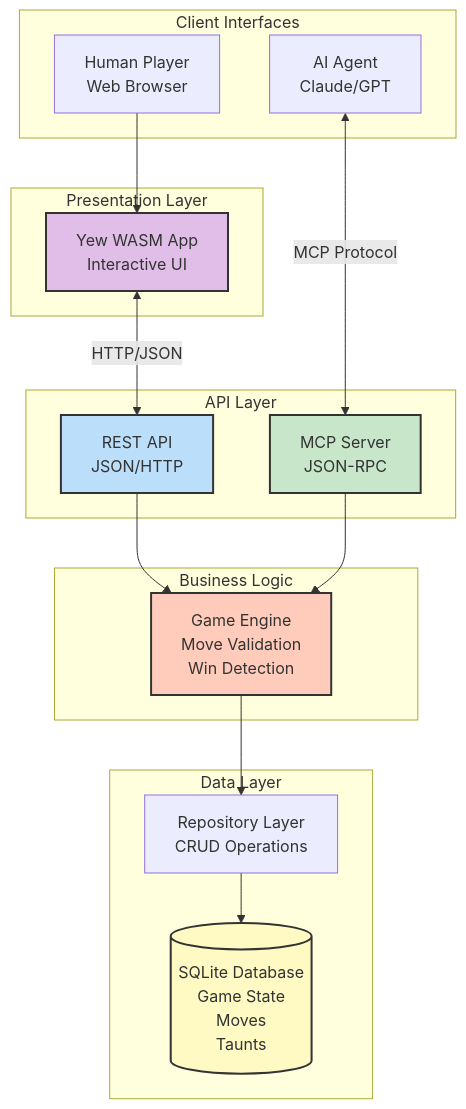
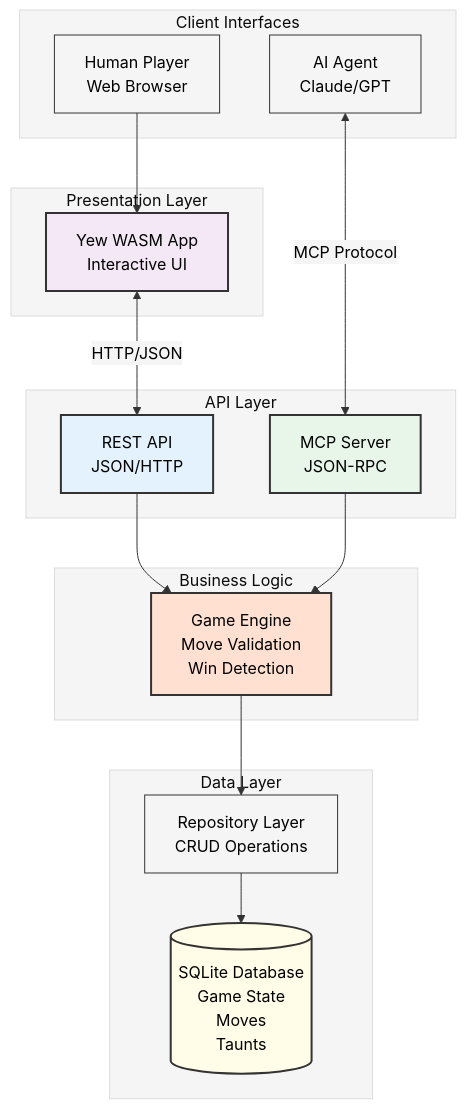
One commit to sw-game-dev/game-mcp-poc changed the first of 6 diagrams in wiki/Architecture-Overview.md. Above: the diagram before and after it, drawn with Mermaid. The commit also changed other lines of this file and 6 other files, not shown here.

First line of the commit message:
fix: Improve mermaid diagram contrast with theme and lighter colors

````diff
--- a/wiki/Architecture-Overview.md
+++ b/wiki/Architecture-Overview.md
@@ -17,39 +17,40 @@
 ```mermaid
+%%{init: {'theme':'base', 'themeVariables': {'primaryColor':'#f5f5f5','primaryTextColor':'#000','primaryBorderColor':'#333','lineColor':'#333','secondaryColor':'#f5f5f5','tertiaryColor':'#f5f5f5'}}}%%
 graph TB
     subgraph "Client Interfaces"
         Human[Human Player<br/>Web Browser]
         Agent[AI Agent<br/>Claude/GPT]
     end
 
     subgraph "Presentation Layer"
         UI[Yew WASM App<br/>Interactive UI]
     end
 
     subgraph "API Layer"
         REST[REST API<br/>JSON/HTTP]
         MCP[MCP Server<br/>JSON-RPC]
     end
 
     subgraph "Business Logic"
         Game[Game Engine<br/>Move Validation<br/>Win Detection]
     end
 
     subgraph "Data Layer"
         Repo[Repository Layer<br/>CRUD Operations]
         SQLite[(SQLite Database<br/>Game State<br/>Moves<br/>Taunts)]
     end
 
     Human --> UI
     UI <-- "HTTP/JSON" --> REST
     Agent <-- "MCP Protocol" --> MCP
     REST --> Game
     MCP --> Game
     Game --> Repo
     Repo --> SQLite
 
-    style UI fill:#e1bee7,stroke:#333,stroke-width:2px
-    style REST fill:#bbdefb,stroke:#333,stroke-width:2px
-    style MCP fill:#c8e6c9,stroke:#333,stroke-width:2px
-    style Game fill:#ffccbc,stroke:#333,stroke-width:2px
-    style SQLite fill:#fff9c4,stroke:#333,stroke-width:2px
+    style UI fill:#f4e8f7,stroke:#333,stroke-width:2px,color:#000
+    style REST fill:#e3f2fd,stroke:#333,stroke-width:2px,color:#000
+    style MCP fill:#e8f5e9,stroke:#333,stroke-width:2px,color:#000
+    style Game fill:#ffe0d1,stroke:#333,stroke-width:2px,color:#000
+    style SQLite fill:#fffde7,stroke:#333,stroke-width:2px,color:#000
 ```
````
